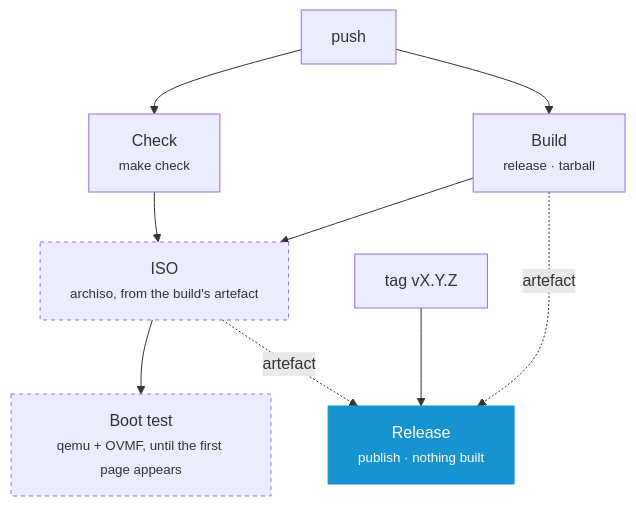
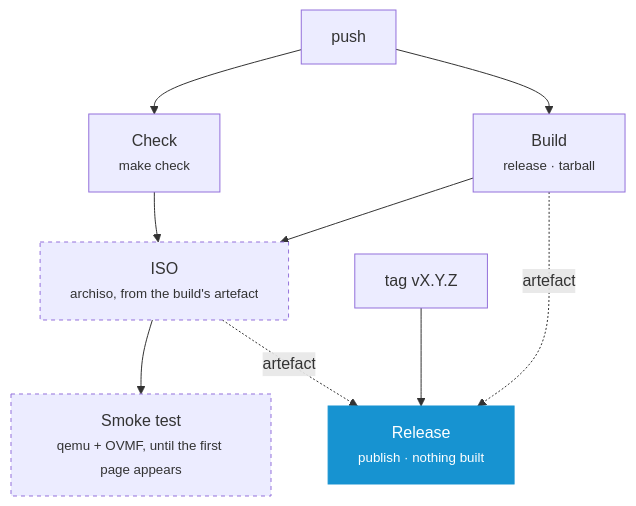
The second of 2 diagrams in docs/CONTRIBUTING.md (murkl/arch-os), drawn with Mermaid before and after one commit. The commit also changed other lines of this file and 22 other files, not shown here.

````diff
--- a/docs/CONTRIBUTING.md
+++ b/docs/CONTRIBUTING.md
@@ -50,15 +50,15 @@
 ```mermaid
 flowchart TD
     P["push"] --> C["Check<br/><small>make check</small>"]
     P --> B["Build<br/><small>release · tarball</small>"]
     C --> I
     B --> I["ISO<br/><small>archiso, from the build's artefact</small>"]
-    I --> K["Boot test<br/><small>qemu + OVMF, until the first page appears</small>"]
+    I --> K["Smoke test<br/><small>qemu + OVMF, until the first page appears</small>"]
     T["tag vX.Y.Z"] --> R["Release<br/><small>publish · nothing built</small>"]
     B -.->|"artefact"| R
     I -.->|"artefact"| R
 
     style I stroke-dasharray: 4 4
     style K stroke-dasharray: 4 4
     style R fill:#1793d1,stroke:#1793d1,color:#fff
 ```
````
